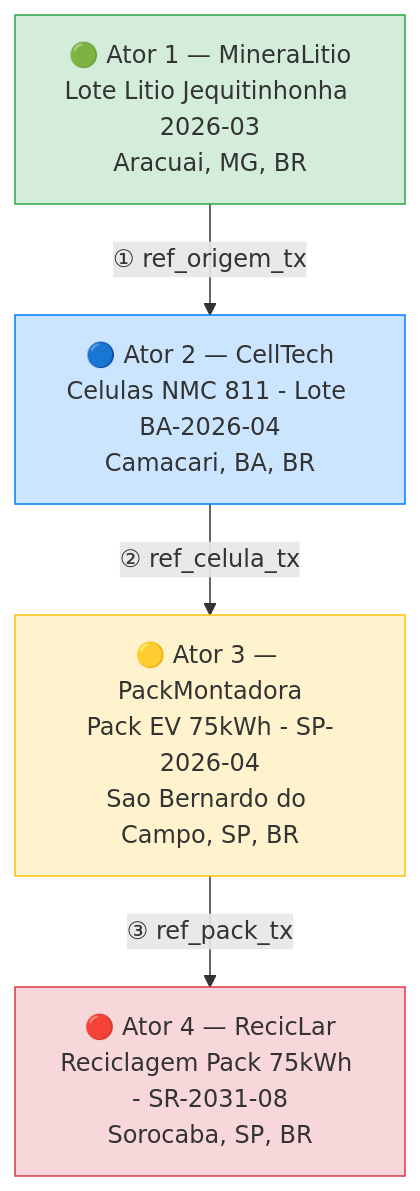
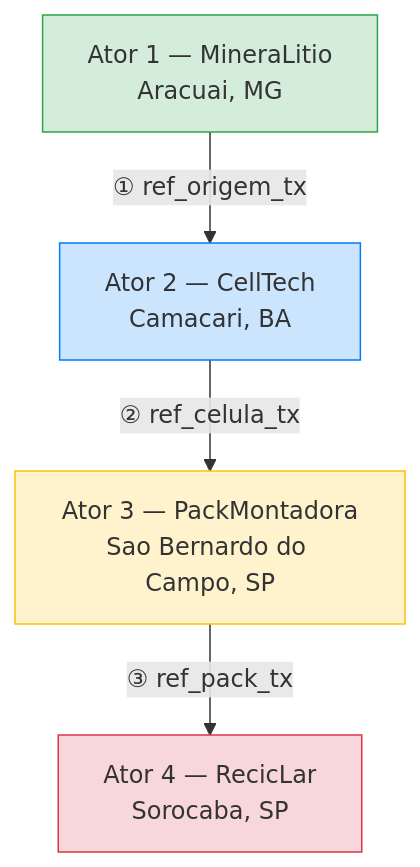
The first of 5 diagrams in arquitetura-dpp.md (darlisagc/cardano-battery-passport), drawn with Mermaid before and after one commit.

Commit message:
Trim supply chain diagram boxes for compact rendering

````diff
--- a/arquitetura-dpp.md
+++ b/arquitetura-dpp.md
@@ -39,16 +39,16 @@
 ```mermaid
 flowchart TB
-    A1["🟢 Ator 1 — MineraLitio\nLote Litio Jequitinhonha 2026-03\nAracuai, MG, BR"]
-    A2["🔵 Ator 2 — CellTech\nCelulas NMC 811 - Lote BA-2026-04\nCamacari, BA, BR"]
-    A3["🟡 Ator 3 — PackMontadora\nPack EV 75kWh - SP-2026-04\nSao Bernardo do Campo, SP, BR"]
-    A4["🔴 Ator 4 — RecicLar\nReciclagem Pack 75kWh - SR-2031-08\nSorocaba, SP, BR"]
+    A1["Ator 1 — MineraLitio\nAracuai, MG"]
+    A2["Ator 2 — CellTech\nCamacari, BA"]
+    A3["Ator 3 — PackMontadora\nSao Bernardo do Campo, SP"]
+    A4["Ator 4 — RecicLar\nSorocaba, SP"]
 
     A1 -- "① ref_origem_tx" --> A2
     A2 -- "② ref_celula_tx" --> A3
     A3 -- "③ ref_pack_tx" --> A4
 
     style A1 fill:#d4edda,stroke:#28a745
     style A2 fill:#cce5ff,stroke:#007bff
     style A3 fill:#fff3cd,stroke:#ffc107
     style A4 fill:#f8d7da,stroke:#dc3545
 ```
````
